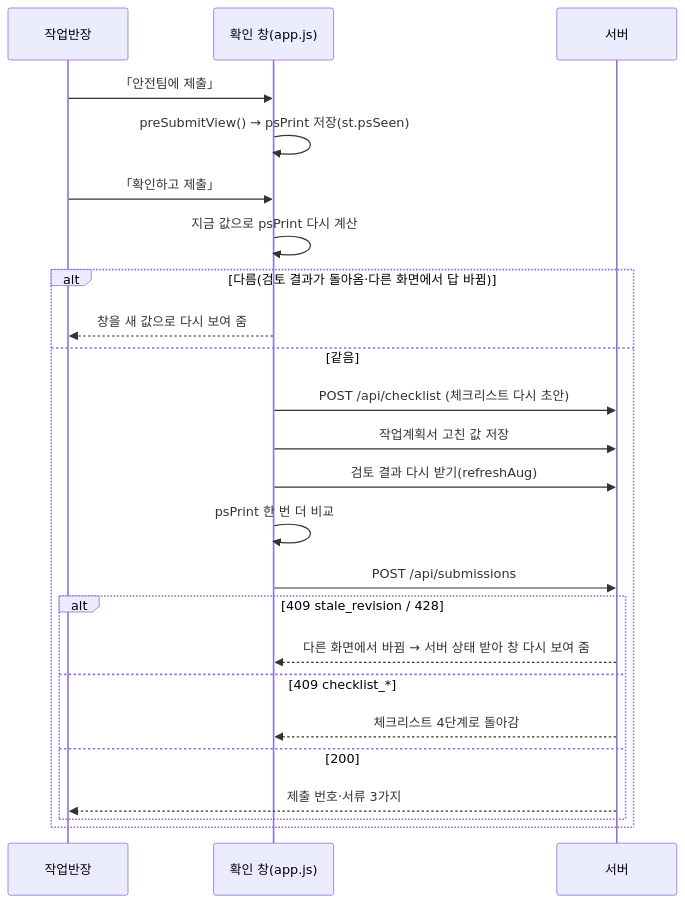
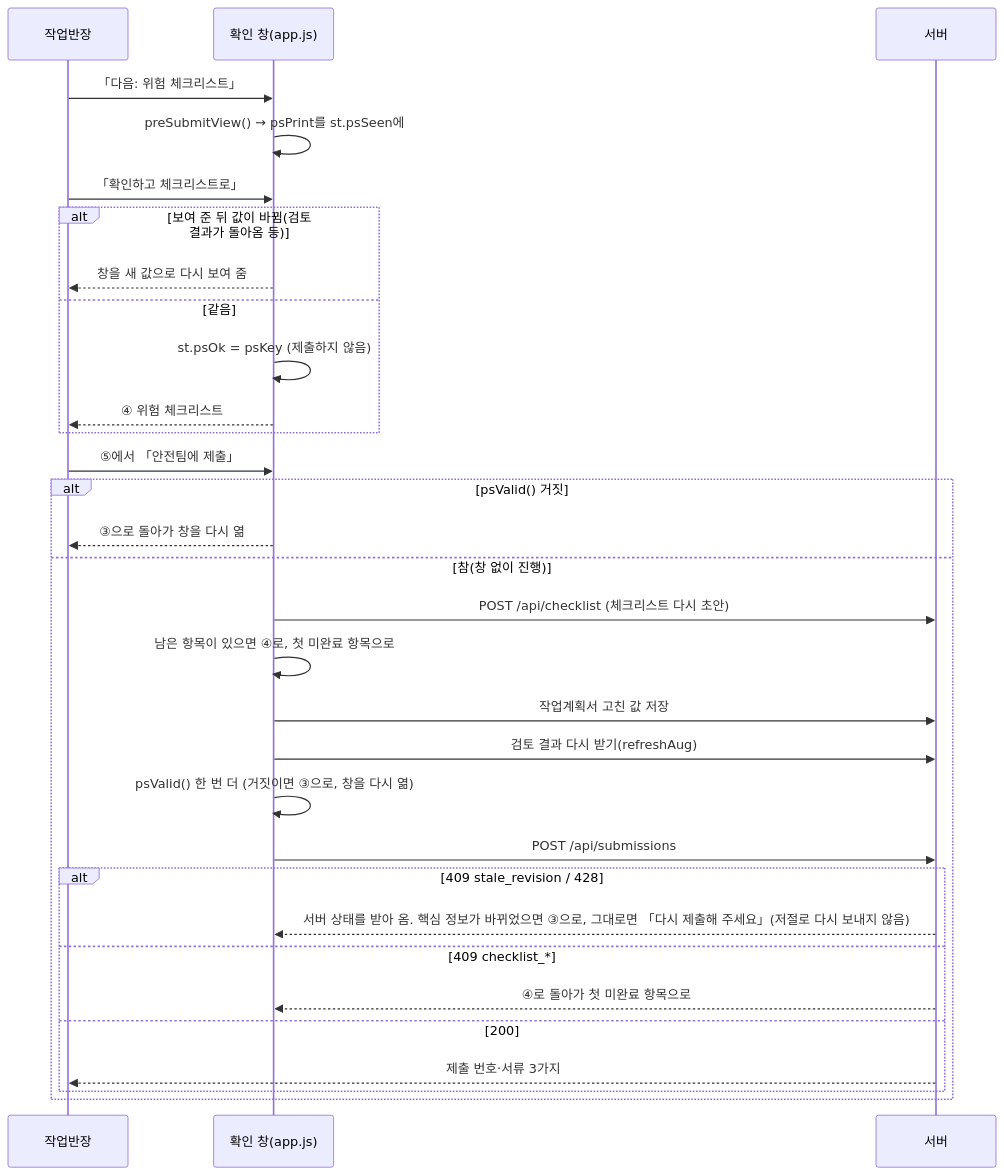
Before and after one commit to seojaeohcode/croScan: the third of 3 diagrams in docs/08_반영본과_별지.md, drawn with Mermaid. The commit also changed other lines of this file and 26 other files, not shown here.

First line of the commit message:
체크리스트 미완료 안내·핵심 정보 확인 순서·담당별 확인 화면 개선과 실제 작업시간 해석 수정

````diff
--- a/docs/08_반영본과_별지.md
+++ b/docs/08_반영본과_별지.md
@@ -215,26 +235,33 @@
 ```mermaid
 sequenceDiagram
     participant 반장 as 작업반장
     participant 창 as 확인 창(app.js)
     participant 서버 as 서버
-    반장->>창: 「안전팀에 제출」
-    창->>창: preSubmitView() → psPrint 저장(st.psSeen)
-    반장->>창: 「확인하고 제출」
-    창->>창: 지금 값으로 psPrint 다시 계산
-    alt 다름(검토 결과가 돌아옴·다른 화면에서 답 바뀜)
+    반장->>창: 「다음: 위험 체크리스트」
+    창->>창: preSubmitView() → psPrint를 st.psSeen에
+    반장->>창: 「확인하고 체크리스트로」
+    alt 보여 준 뒤 값이 바뀜(검토 결과가 돌아옴 등)
         창-->>반장: 창을 새 값으로 다시 보여 줌
     else 같음
+        창->>창: st.psOk = psKey (제출하지 않음)
+        창-->>반장: ④ 위험 체크리스트
+    end
+    반장->>창: ⑤에서 「안전팀에 제출」
+    alt psValid() 거짓
+        창-->>반장: ③으로 돌아가 창을 다시 엶
+    else 참(창 없이 진행)
         창->>서버: POST /api/checklist (체크리스트 다시 초안)
+        창->>창: 남은 항목이 있으면 ④로, 첫 미완료 항목으로
         창->>서버: 작업계획서 고친 값 저장
         창->>서버: 검토 결과 다시 받기(refreshAug)
-        창->>창: psPrint 한 번 더 비교
+        창->>창: psValid() 한 번 더 (거짓이면 ③으로, 창을 다시 엶)
         창->>서버: POST /api/submissions
         alt 409 stale_revision / 428
-            서버-->>창: 다른 화면에서 바뀜 → 서버 상태 받아 창 다시 보여 줌
+            서버-->>창: 서버 상태를 받아 옴. 핵심 정보가 바뀌었으면 ③으로, 그대로면 「다시 제출해 주세요」(저절로 다시 보내지 않음)
         else 409 checklist_*
-            서버-->>창: 체크리스트 4단계로 돌아감
+            서버-->>창: ④로 돌아가 첫 미완료 항목으로
         else 200
             서버-->>반장: 제출 번호·서류 3가지
         end
     end
 ```
````
